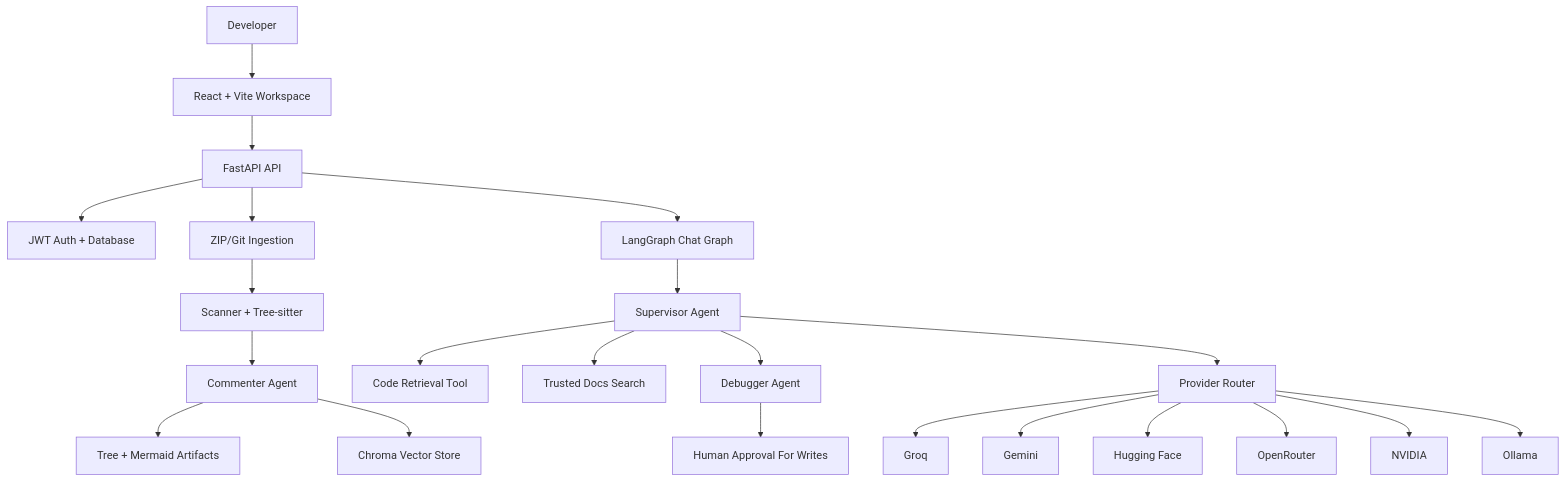
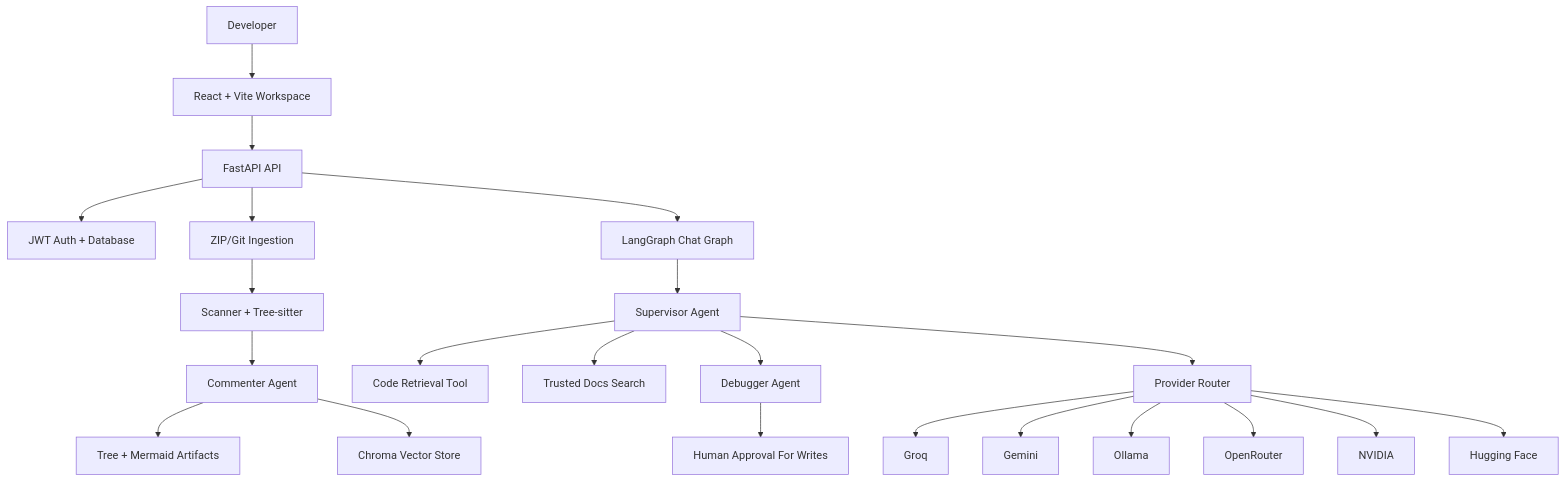
The diagram in README.md (Swatikkar/CodeGraph-AI), drawn with Mermaid before and after one commit. The commit also changed other lines of this file and 10 other files, not shown here.

````diff
--- a/README.md
+++ b/README.md
@@ -132,24 +172,24 @@
 ```mermaid
 graph TD
     User["Developer"] --> Frontend["React + Vite Workspace"]
     Frontend --> API["FastAPI API"]
     API --> Auth["JWT Auth + Database"]
     API --> Upload["ZIP/Git Ingestion"]
     Upload --> Scanner["Scanner + Tree-sitter"]
     Scanner --> Commenter["Commenter Agent"]
     Commenter --> Artifacts["Tree + Mermaid Artifacts"]
     Commenter --> Chroma["Chroma Vector Store"]
     API --> Chat["LangGraph Chat Graph"]
     Chat --> Supervisor["Supervisor Agent"]
     Supervisor --> Retriever["Code Retrieval Tool"]
     Supervisor --> Search["Trusted Docs Search"]
     Supervisor --> Debugger["Debugger Agent"]
     Debugger --> Approval["Human Approval For Writes"]
     Supervisor --> Router["Provider Router"]
     Router --> Groq["Groq"]
     Router --> Gemini["Gemini"]
-    Router --> HF["Hugging Face"]
+    Router --> Ollama["Ollama"]
     Router --> OpenRouter["OpenRouter"]
     Router --> NVIDIA["NVIDIA"]
-    Router --> Ollama["Ollama"]
+    Router --> HF["Hugging Face"]
 ```
````
